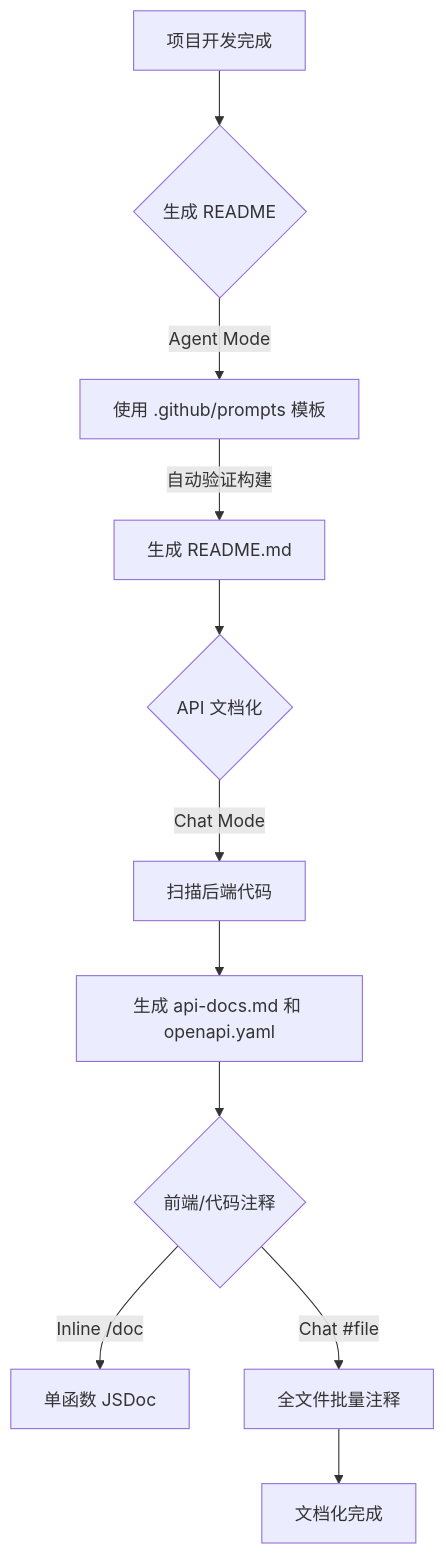
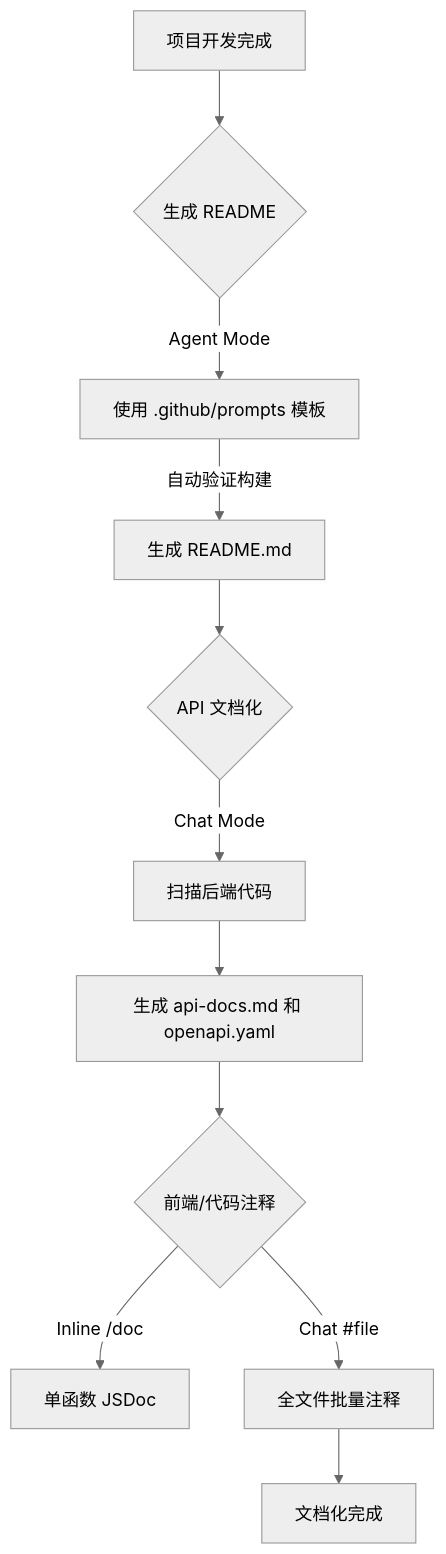
Before and after one commit to lihongjie0209/astro-blog: the diagram in src/data/blog/github-copilot-advanced-documentation-techniques.md, drawn with Mermaid. The commit also changed 6 other files, not shown here.

Commit message:
fix: 统一修复所有博客 Mermaid 图表暗黑模式显示问题

````diff
--- a/src/data/blog/github-copilot-advanced-documentation-techniques.md
+++ b/src/data/blog/github-copilot-advanced-documentation-techniques.md
@@ -142,16 +142,17 @@
 ```mermaid
+%%{init: {'theme': 'neutral'}}%%
 graph TD
     Start[项目开发完成] --> README{生成 README}
     README -->|Agent Mode| P1[使用 .github/prompts 模板]
     P1 -->|自动验证构建| P2[生成 README.md]
     
     P2 --> API{API 文档化}
     API -->|Chat Mode| P3[扫描后端代码]
     P3 --> P4[生成 api-docs.md 和 openapi.yaml]
     
     P4 --> FE{前端/代码注释}
     FE -->|Inline /doc| P5[单函数 JSDoc]
     FE -->|Chat #file| P6[全文件批量注释]
     
     P6 --> End[文档化完成]
 ```
````
